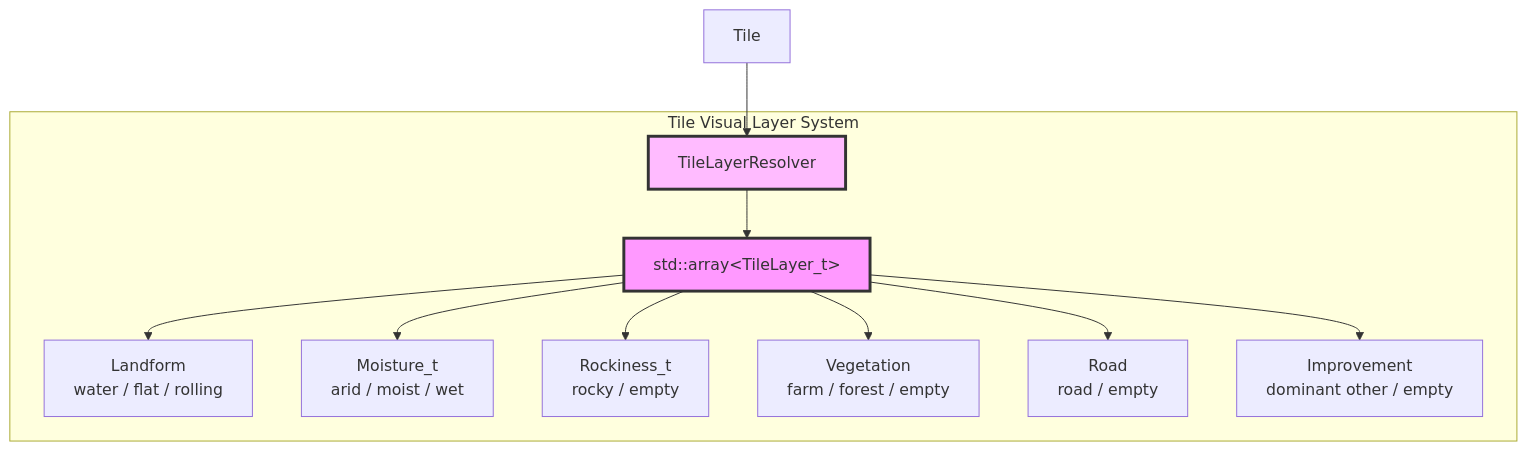
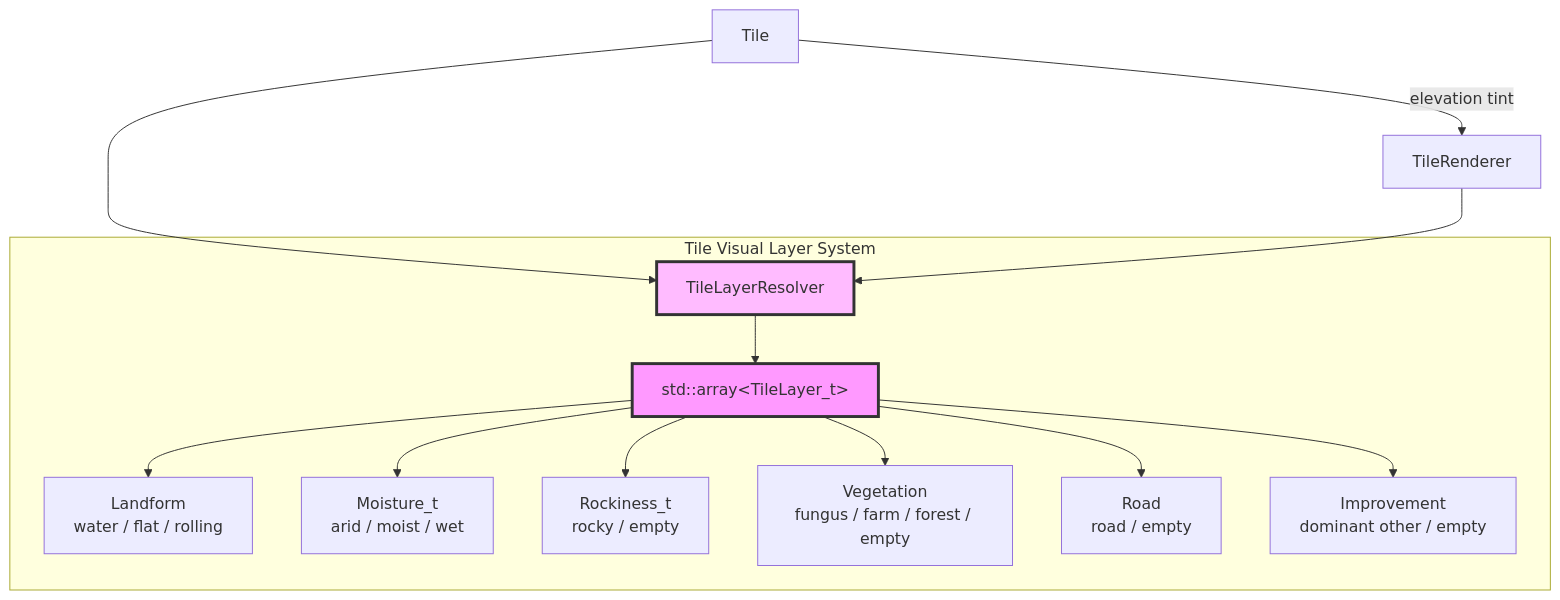
Before and after one commit to kilianloftis/alpha-centauri: the third of 3 diagrams in docs/architecture/map-system.md, drawn with Mermaid. The commit also changed other lines of this file and 15 other files, not shown here.

````diff
--- a/docs/architecture/map-system.md
+++ b/docs/architecture/map-system.md
@@ -179,25 +181,27 @@
 ```mermaid
 graph TB
     subgraph "Tile Visual Layer System"
         Resolver[TileLayerResolver]
         Layers[std::array&lt;TileLayer_t&gt;]
         Landform[Landform<br/>water / flat / rolling]
         Moisture_t[Moisture_t<br/>arid / moist / wet]
         Rockiness_t[Rockiness_t<br/>rocky / empty]
-        Vegetation[Vegetation<br/>farm / forest / empty]
+        Vegetation[Vegetation<br/>fungus / farm / forest / empty]
         Road[Road<br/>road / empty]
         Improvement[Improvement<br/>dominant other / empty]
     end
 
     Tile[Tile] --> Resolver
     Resolver --> Layers
     Layers --> Landform
     Layers --> Moisture_t
     Layers --> Rockiness_t
     Layers --> Vegetation
     Layers --> Road
     Layers --> Improvement
+    TileRenderer[TileRenderer] --> Resolver
+    Tile -->|elevation tint| TileRenderer
 
     style Resolver fill:#fbf,stroke:#333,stroke-width:3px
     style Layers fill:#f9f,stroke:#333,stroke-width:3px
 ```
````
